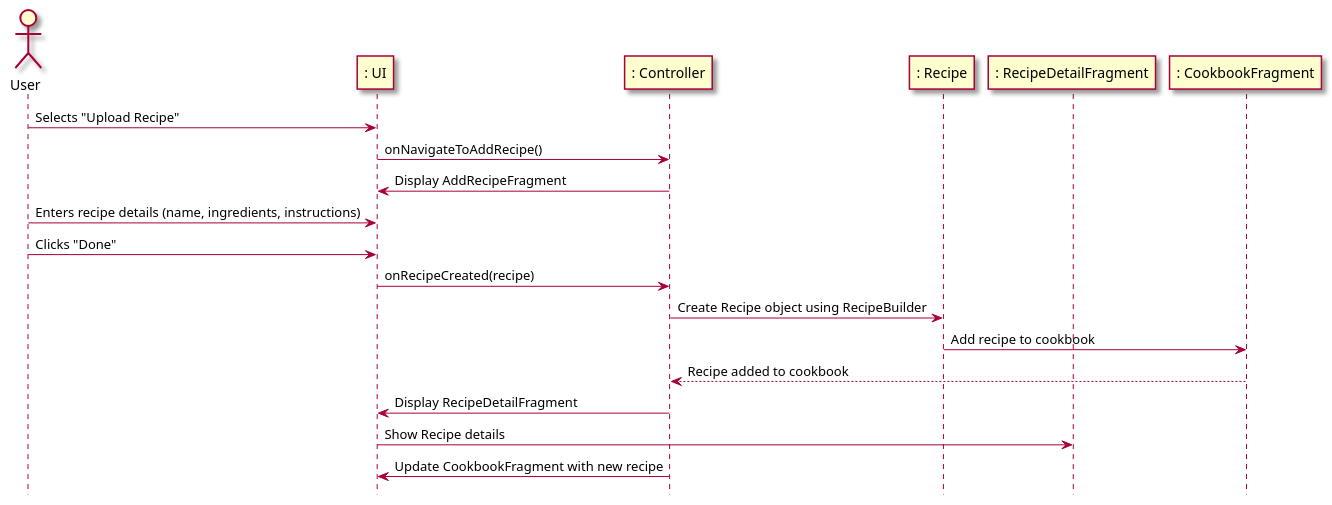
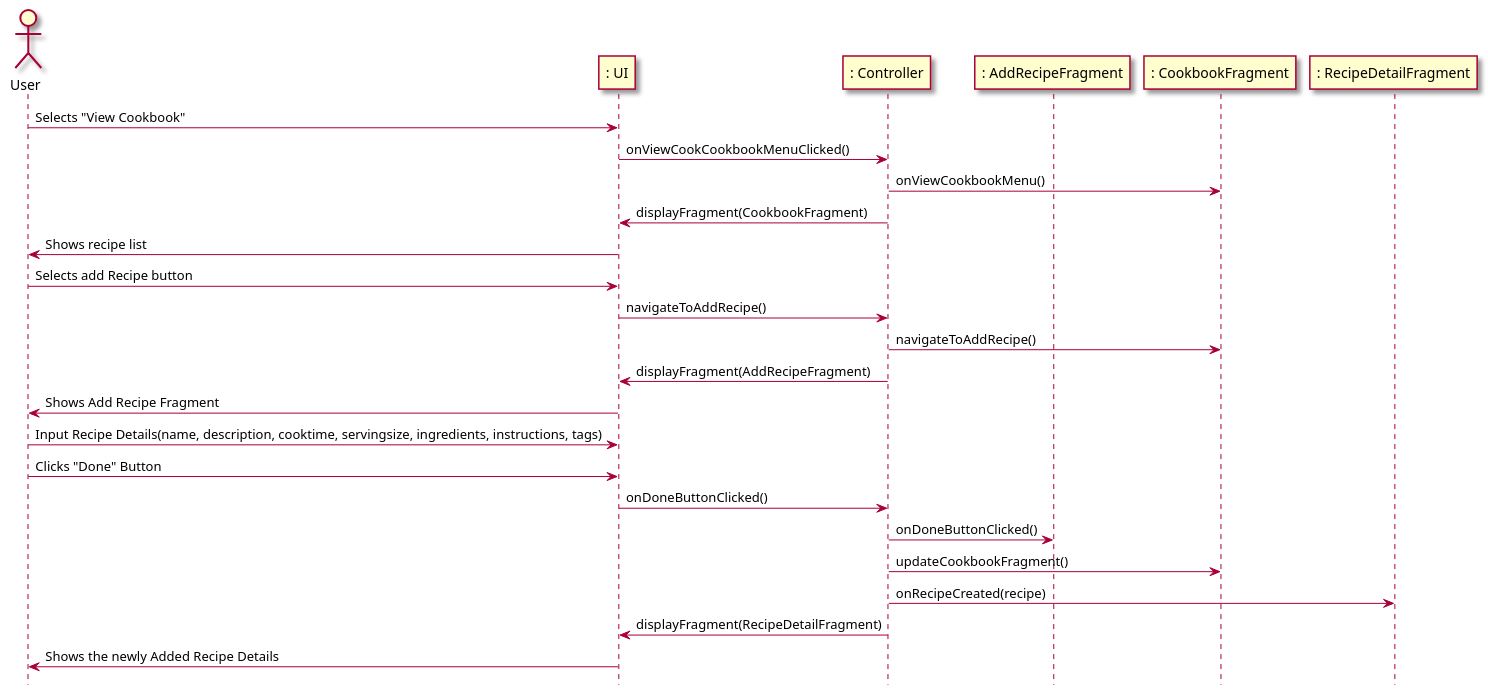
Before and after one commit to berthashipper/Pantry-Pal-Android-Application: the second of 2 diagrams in intellij/doc/use-cases/upload_personal_recipe.md, drawn with PlantUML.

Commit message:
Updated sequence diagram for upload_personal_recipe.md

````diff
--- a/intellij/doc/use-cases/upload_personal_recipe.md
+++ b/intellij/doc/use-cases/upload_personal_recipe.md
@@ -72,29 +72,36 @@
 ```plantuml
 @startuml
 skin rose
 
 hide footbox
 
 actor User as user
 participant ": UI" as ui
 participant ": Controller" as cont
-participant ": Recipe" as recipe
-participant ": RecipeDetailFragment" as recipeDetailFragment
-participant ": CookbookFragment" as cookbookFragment
+participant ": AddRecipeFragment" as arf
+participant ": CookbookFragment" as cf
+participant ": RecipeDetailFragment" as rdf
 
-user -> ui : Selects "Upload Recipe"
-ui -> cont : onNavigateToAddRecipe()
-cont -> ui : Display AddRecipeFragment
-user -> ui : Enters recipe details (name, ingredients, instructions)
-user -> ui : Clicks "Done"
+user -> ui : Selects "View Cookbook"
+ui -> cont : onViewCookCookbookMenuClicked()
+cont -> cf: onViewCookbookMenu()
+cont -> ui: displayFragment(CookbookFragment)
+ui -> user: Shows recipe list
 
-ui -> cont : onRecipeCreated(recipe)
-cont -> recipe : Create Recipe object using RecipeBuilder
-recipe -> cookbookFragment : Add recipe to cookbook
-cookbookFragment --> cont : Recipe added to cookbook
-cont -> ui : Display RecipeDetailFragment
-ui -> recipeDetailFragment : Show Recipe details
-cont -> ui : Update CookbookFragment with new recipe
+user -> ui : Selects add Recipe button
+ui -> cont: navigateToAddRecipe()
+cont -> cf: navigateToAddRecipe()
+cont -> ui: displayFragment(AddRecipeFragment)
+ui -> user: Shows Add Recipe Fragment
+
+user -> ui : Input Recipe Details(name, description, cooktime, servingsize, ingredients, instructions, tags)
+user -> ui : Clicks "Done" Button
+ui -> cont : onDoneButtonClicked()
+cont -> arf : onDoneButtonClicked()
+cont -> cf: updateCookbookFragment()
+cont -> rdf: onRecipeCreated(recipe)
+cont -> ui : displayFragment(RecipeDetailFragment)
+ui -> user: Shows the newly Added Recipe Details
 
 @enduml
 ```
````
